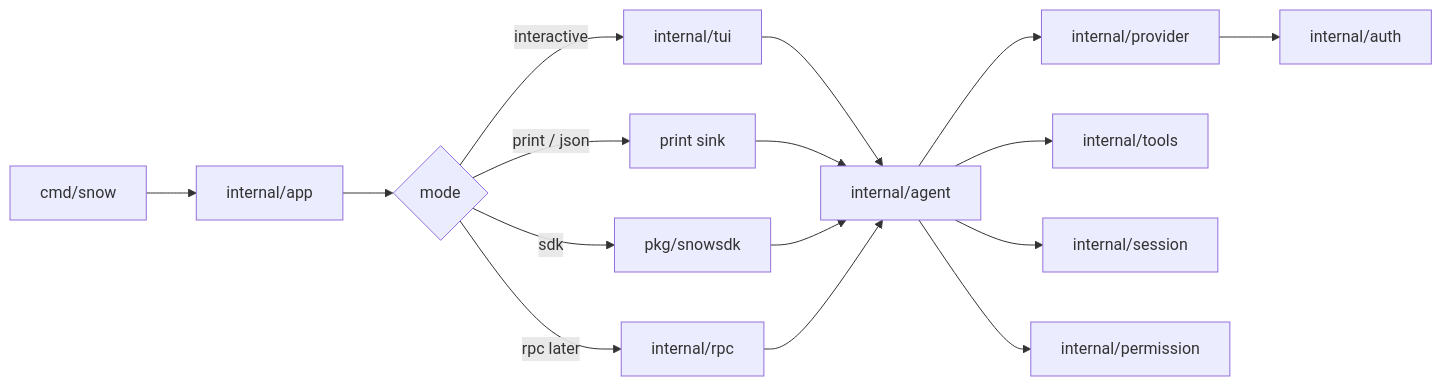
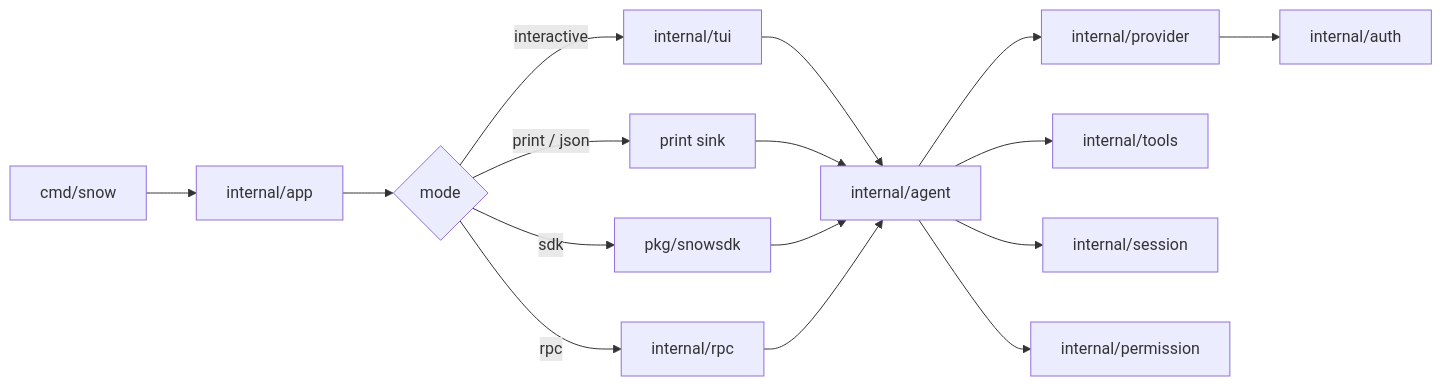
The first of 2 diagrams in IMPLEMENTATION.md (elmissouri16/snow-core), drawn with Mermaid before and after one commit. The commit also changed other lines of this file and 75 other files, not shown here.

````diff
--- a/IMPLEMENTATION.md
+++ b/IMPLEMENTATION.md
@@ -142,18 +143,18 @@
 ```mermaid
 flowchart LR
   CLI[cmd/snow] --> APP[internal/app]
   APP --> MODE{mode}
   MODE -->|interactive| TUI[internal/tui]
   MODE -->|print / json| PRINT[print sink]
   MODE -->|sdk| SDK[pkg/snowsdk]
-  MODE -->|rpc later| RPC[internal/rpc]
+  MODE -->|rpc| RPC[internal/rpc]
   TUI --> AG[internal/agent]
   PRINT --> AG
   SDK --> AG
   RPC --> AG
   AG --> PROV[internal/provider]
   AG --> TOOLS[internal/tools]
   AG --> SESS[internal/session]
   AG --> PERM[internal/permission]
   PROV --> AUTH[internal/auth]
 ```
````
